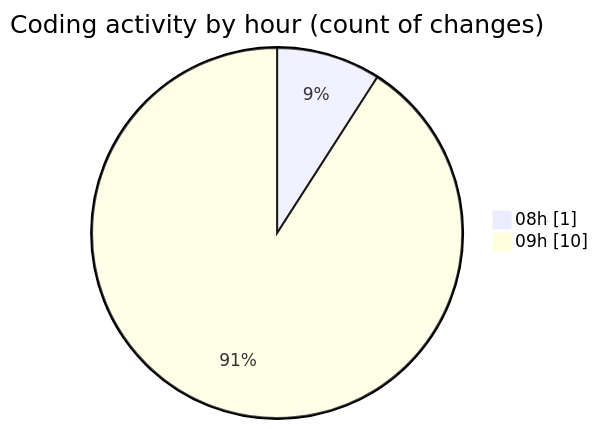
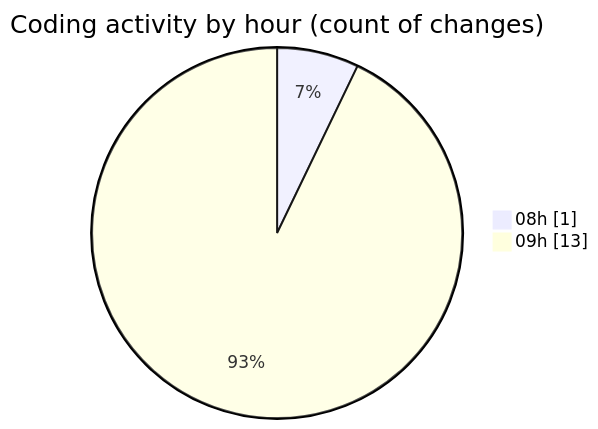
One commit to LanceThiago/code-tracking changed the second of 2 diagrams in 2026-09-15/web/README.md. Above: the diagram before and after it, drawn with Mermaid. The commit also changed other lines of this file and 1 other file, not shown here.

````diff
--- a/2026-09-15/web/README.md
+++ b/2026-09-15/web/README.md
@@ -31,6 +31,6 @@
 ```mermaid
 pie showData
 title Coding activity by hour (count of changes)
 "08h" : 1
-"09h" : 10
+"09h" : 13
 ```
````
